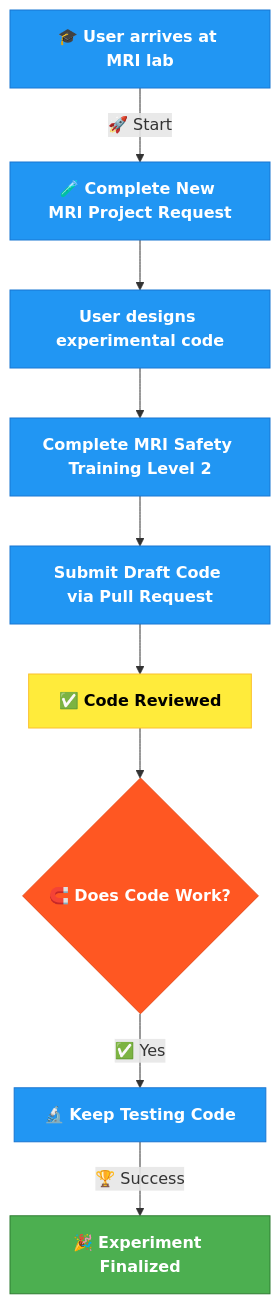
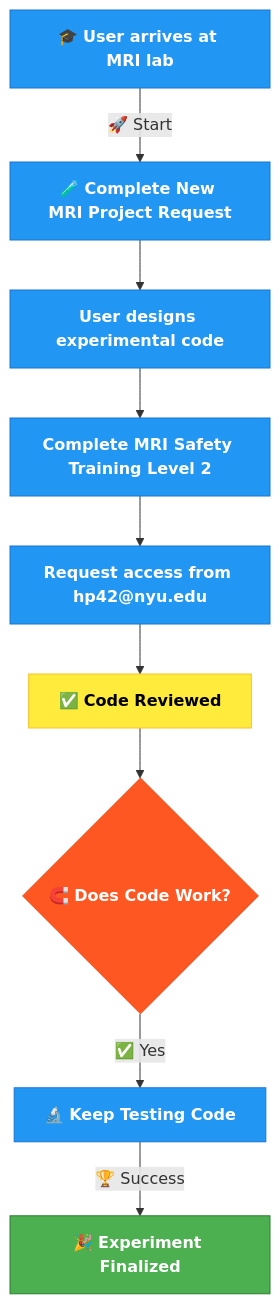
Before and after one commit to BioMedicalImaging-Core-NYUAD/brainimaging-lab-documentation: the diagram in docs/source/1-lab_overview/3-process_diagram.rst, drawn with Mermaid.

Commit message:
added link

```diff
--- a/docs/source/1-lab_overview/3-process_diagram.rst
+++ b/docs/source/1-lab_overview/3-process_diagram.rst
@@ -9,26 +9,26 @@
 .. mermaid::
 
     graph TD;
         A[🎓 <b>User arrives at MRI lab</b>] -->|🚀 Start| B[🧪 <b>Complete New MRI Project Request</b>];
         B --> C[<b>User designs experimental code</b>];
         C --> D[<b>Complete MRI Safety Training Level 2</b>];
-        D --> E[<b>Submit Draft Code via Pull Request</b>];
+        D --> E[<b>Request access from hp42@nyu.edu</b>];
         E --> F[✅ <b>Code Reviewed</b>];
         F --> G{🧲️ <b>Does Code Work?</b>};
         G --✅ Yes --> H[🔬 <b>Keep Testing Code</b>];
         H -->|🏆 Success| I[🎉 <b>Experiment Finalized</b>];
 
         %% Clickable Node for GitHub PR
         click B "https://drive.google.com/file/d/10Py1KSAsktpCjU6c3lLuWLqVL2a5ofee/view?usp=drive_link"
         click D "https://app.imagingu.com/courses/personnel-group-ii-yearly"
 
         %% Style Definitions
         classDef success fill:#4CAF50,stroke:#2E7D32,color:#fff;
         classDef decision fill:#FFEB3B,stroke:#FBC02D,color:#000;
         classDef process fill:#2196F3,stroke:#1976D2,color:#fff;
         classDef warning fill:#FF5722,stroke:#E64A19,color:#fff;
 
         class A,B,C,D,E,H process;
         class F decision;
         class G warning;
         class I success;
```
